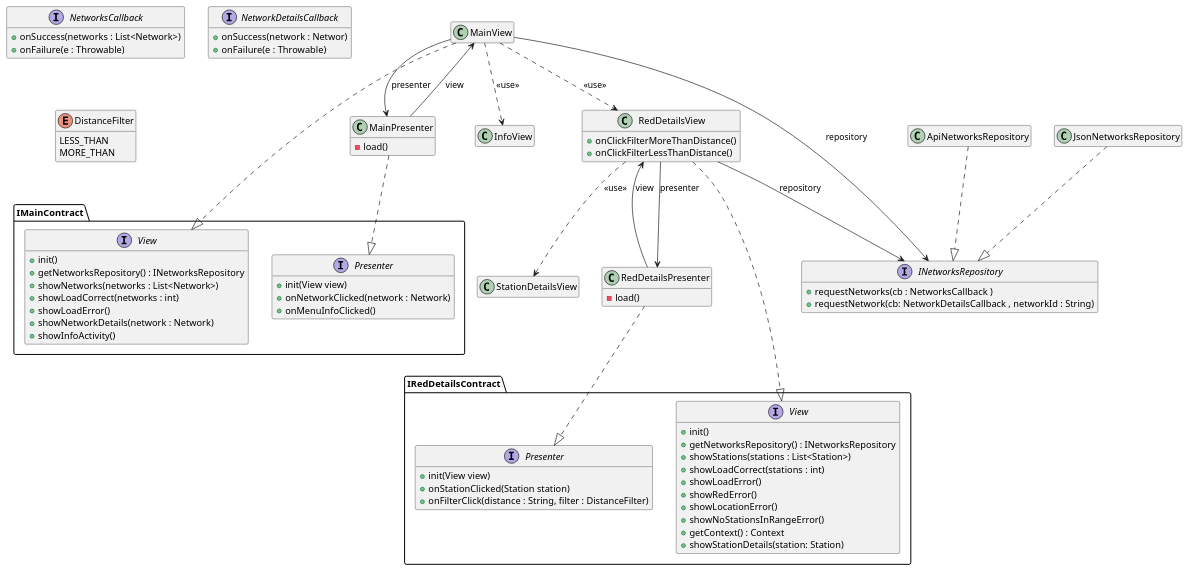
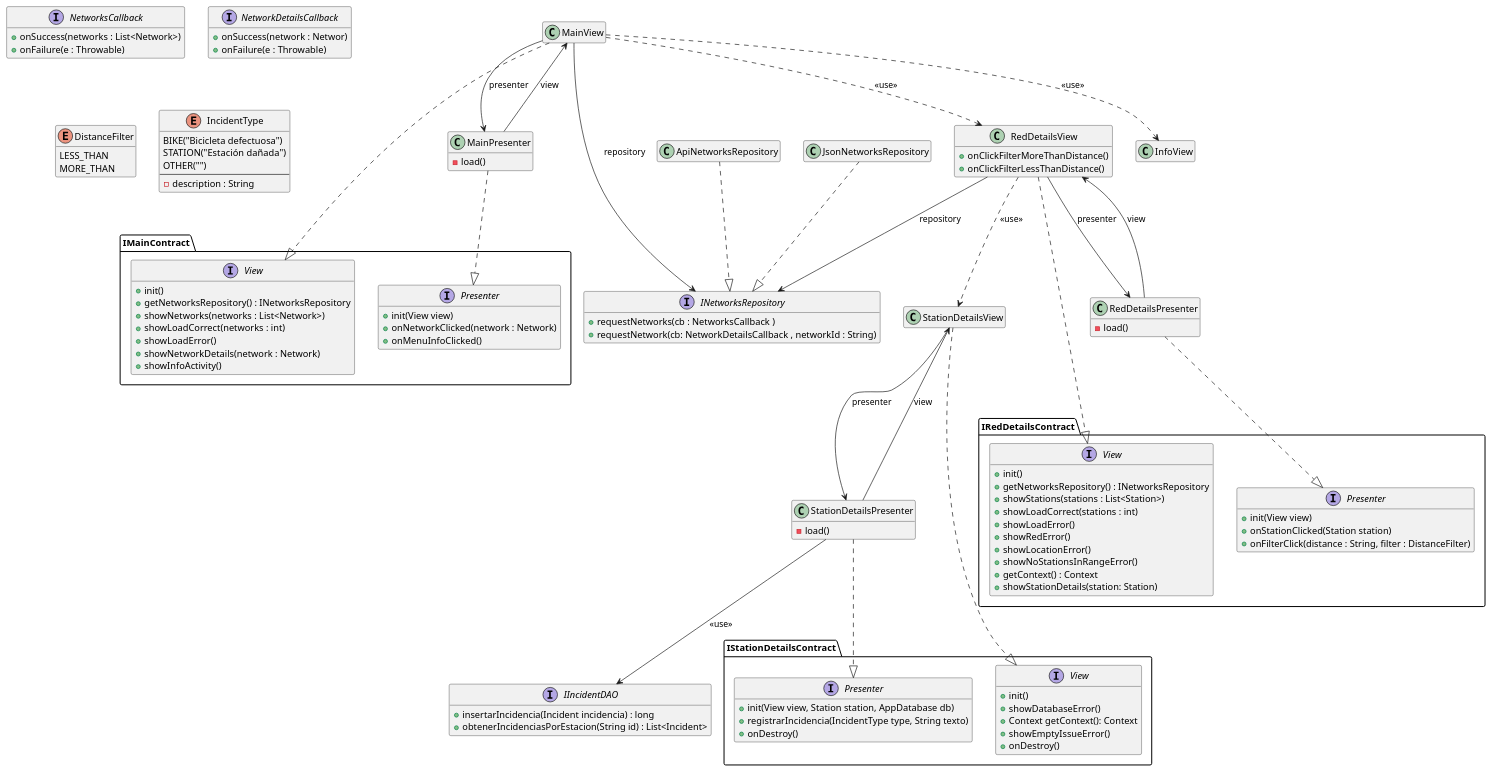
Before and after one commit to isunican/App-Bicis-Grupo1: the diagram in Docs/Models/architecture.puml, drawn with PlantUML.

Commit message:
Actualizar modelo de arquitectura

```diff
--- a/Docs/Models/architecture.puml
+++ b/Docs/Models/architecture.puml
@@ -1,99 +1,139 @@
 @startuml architecture
 
 hide empty members
 
 MainView ..|> IMainContract.View
 MainPresenter ..|> IMainContract.Presenter
 MainView --> INetworksRepository : repository
 ApiNetworksRepository ..|> INetworksRepository
 JsonNetworksRepository ..|> INetworksRepository
 MainView --> MainPresenter : presenter
 MainPresenter --> MainView : view
 MainView ..> InfoView : <<use>>
 MainView ..> RedDetailsView : <<use>>
 RedDetailsView ..> StationDetailsView : <<use>>
 
 RedDetailsView ..|> IRedDetailsContract.View
 RedDetailsPresenter ..|> IRedDetailsContract.Presenter
 RedDetailsView --> INetworksRepository : repository
 RedDetailsView --> RedDetailsPresenter : presenter
 RedDetailsPresenter --> RedDetailsView : view
 
+StationDetailsView ..|> IStationDetailsContract.View
+StationDetailsPresenter ..|> IStationDetailsContract.Presenter
+StationDetailsView --> StationDetailsPresenter : presenter
+StationDetailsPresenter --> StationDetailsView : view
+StationDetailsPresenter --> IIncidentDAO : <<use>>
+
+
 class MainView {
 }
 
 class MainPresenter {
     -load()
 }
 
 class InfoView
 
-class StationDetailsView
+class StationDetailsView{
+}
+
+class StationDetailsPresenter {
+    -load()
+}
+
 
 class RedDetailsView {
     +onClickFilterMoreThanDistance()
     +onClickFilterLessThanDistance()
 }
 class RedDetailsPresenter {
     -load()
 }
 
 class ApiNetworksRepository
 class JsonNetworksRepository
 
 interface IMainContract.View {
     + init()
     + getNetworksRepository() : INetworksRepository
     + showNetworks(networks : List<Network>)
     + showLoadCorrect(networks : int)
     + showLoadError()
     + showNetworkDetails(network : Network)
     + showInfoActivity()
 }
 
 interface IMainContract.Presenter {
     + init(View view)
     + onNetworkClicked(network : Network)
     + onMenuInfoClicked()
 }
 
 interface IRedDetailsContract.View {
     + init()
     + getNetworksRepository() : INetworksRepository
     + showStations(stations : List<Station>)
     + showLoadCorrect(stations : int)
     + showLoadError()
     + showRedError()
     + showLocationError()
     + showNoStationsInRangeError()
     + getContext() : Context
     + showStationDetails(station: Station)
 }
 
 interface IRedDetailsContract.Presenter {
     + init(View view)
     + onStationClicked(Station station)
     + onFilterClick(distance : String, filter : DistanceFilter)
 }
 
 interface INetworksRepository {
     + requestNetworks(cb : NetworksCallback )
     + requestNetwork(cb: NetworkDetailsCallback , networkId : String)
 }
 
 interface NetworksCallback {
     + onSuccess(networks : List<Network>)
     + onFailure(e : Throwable)
 }
 
 interface NetworkDetailsCallback {
     + onSuccess(network : Networ)
     + onFailure(e : Throwable)
 }
 
 enum DistanceFilter {
     LESS_THAN
     MORE_THAN
 }
 
+interface IStationDetailsContract.Presenter {
+    + init(View view, Station station, AppDatabase db)
+    + registrarIncidencia(IncidentType type, String texto)
+    + onDestroy()
+}
+
+interface IStationDetailsContract.View {
+    + init()
+    + showDatabaseError()
+    + Context getContext(): Context
+    + showEmptyIssueError()
+    + onDestroy()
+}
+
+interface IIncidentDAO {
+    + insertarIncidencia(Incident incidencia) : long
+    + obtenerIncidenciasPorEstacion(String id) : List<Incident>
+}
+
+enum IncidentType {
+    BIKE("Bicicleta defectuosa")
+    STATION("Estación dañada")
+    OTHER("")
+    --
+    - description : String
+}
+
 @enduml
```
